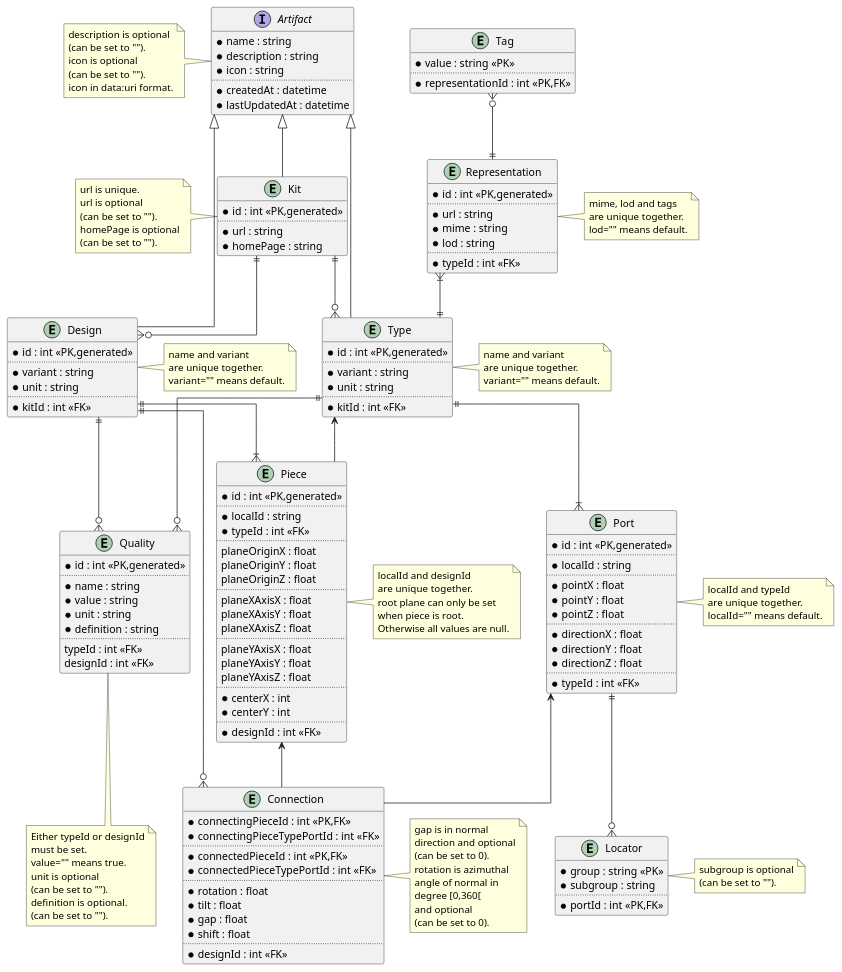
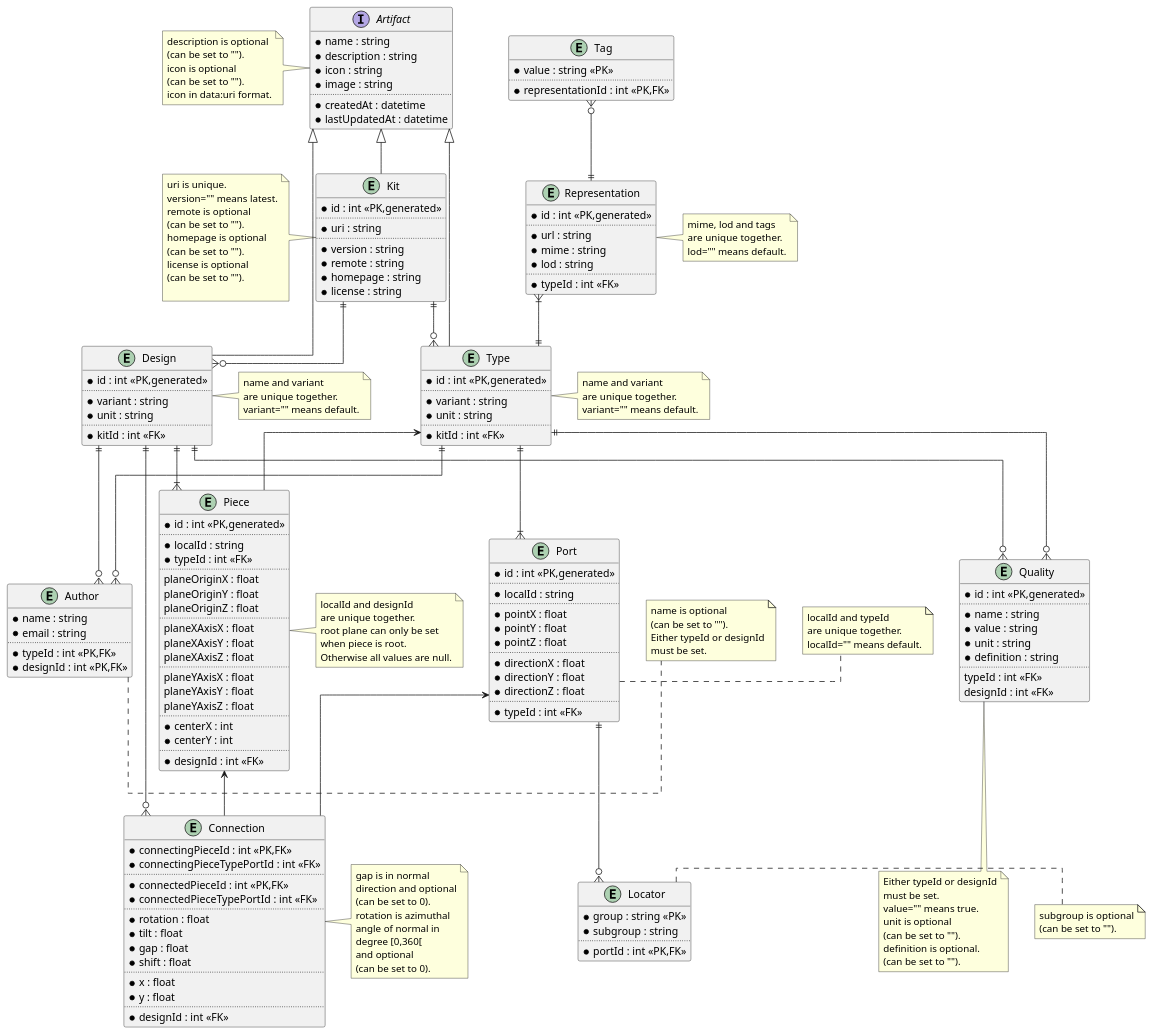
Before and after one commit to usalu/SemIO: the diagram in engineering/dataarchitecture.pu, drawn with PlantUML. The commit also changed 13 other files, not shown here.

Commit message:
updating schema

```diff
--- a/engineering/dataarchitecture.pu
+++ b/engineering/dataarchitecture.pu
@@ -5,6 +5,7 @@
     *name : string
     *description : string
     *icon : string
+    *image : string
     ..
     *createdAt : datetime
     *lastUpdatedAt : datetime
@@ -20,15 +21,23 @@
 entity Kit {
     *id : int <<PK,generated>> 
     ..
-    *url : string
-    *homePage : string
+    *uri : string
+    ..
+    *version : string
+    *remote : string
+    *homepage : string
+    *license : string
 }
 note left of Kit
-    url is unique.
-    url is optional
+    uri is unique.
+    version="" means latest.
+    remote is optional
     (can be set to "").
-    homePage is optional
+    homepage is optional
     (can be set to "").
+    license is optional
+    (can be set to "").
+
 end note
 
 entity Type {
@@ -108,6 +117,20 @@
     (can be set to "").
 end note
 
+entity Author {
+    *name : string
+    *email : string
+    ..
+    *typeId : int <<PK,FK>>
+    *designId : int <<PK,FK>>
+}
+note right of Author
+    name is optional
+    (can be set to "").
+    Either typeId or designId
+    must be set.
+end note
+
 entity Locator {
     *group : string <<PK>>
     *subgroup : string
@@ -162,6 +185,9 @@
     *gap : float
     *shift : float
     ..
+    *x : float
+    *y : float
+    ..
     *designId : int <<FK>>
 }
 note right of Connection
@@ -195,9 +221,11 @@
 Representation }|--|| Type
 Type ||--|{ Port
 Type ||--o{ Quality
+Type ||--o{ Author
 Design ||--|{ Piece
 Design ||--o{ Connection
 Design ||--o{ Quality
+Design ||--o{ Author
 Port ||--o{ Locator
 Type <-- Piece
 Piece <-- Connection
```
